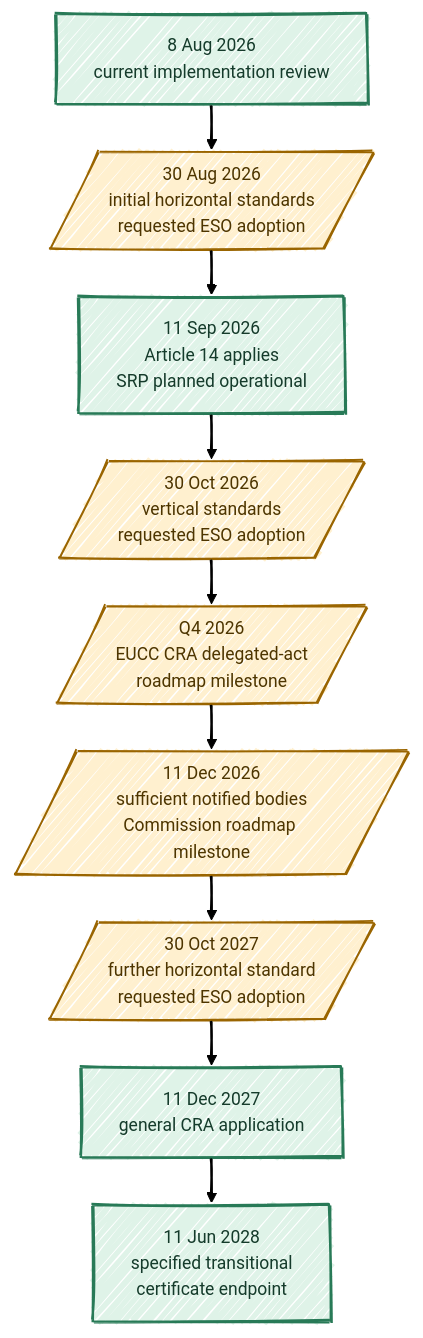
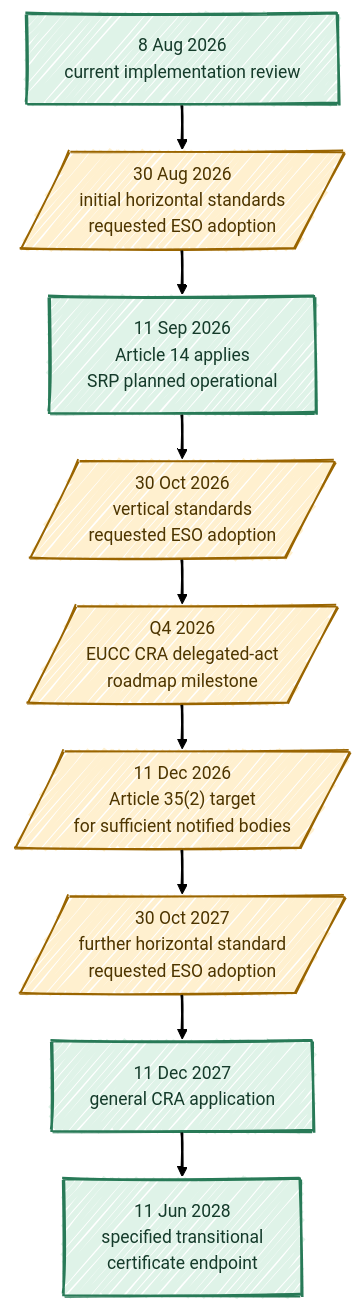
One commit to antomon/antomon.github.io changed diagram 17 of 18 in longforms/cyber-resilience-act-the-new-product-security-baseline/index.qmd. Above: the diagram before and after it, drawn with Mermaid. The commit also changed other lines of this file and 46 other files, not shown here.

````diff
--- a/longforms/cyber-resilience-act-the-new-product-security-baseline/index.qmd
+++ b/longforms/cyber-resilience-act-the-new-product-security-baseline/index.qmd
@@ -3380,30 +3380,30 @@
 ```{mermaid}
 %%| label: fig-cyber-resilience-act-the-new-product-security-baseline-implementation-horizon
 %%| fig-cap: "The CRA compliance horizon combines binding application dates with evolving standards, reporting infrastructure, certification, and conformity-assessment capacity."
-%%| fig-alt: "A left-to-right timeline begins with the review point on 8 August 2026. It then shows the requested initial horizontal standard deliverables on 30 August, Article 14 application and planned Single Reporting Platform operation on 11 September, requested vertical standards on 30 October, a Q4 2026 EUCC delegated-act milestone, a 11 December 2026 Commission milestone for sufficient conformity-assessment bodies, further horizontal standards on 30 October 2027, general CRA application on 11 December 2027, and the end of specified transitional certificate validity on 11 June 2028. Amber nodes represent implementation ecosystem milestones, while green nodes represent CRA application or statutory transition dates."
+%%| fig-alt: "A top-to-bottom timeline begins with the review point on 8 August 2026. It then shows the requested initial horizontal standard deliverables on 30 August, Article 14 application and planned Single Reporting Platform operation on 11 September, requested vertical standards on 30 October, a Q4 2026 EUCC delegated-act milestone, the Article 35(2) target of 11 December 2026 for sufficient notified bodies, further horizontal standards on 30 October 2027, general CRA application on 11 December 2027, and the end of specified transitional certificate validity on 11 June 2028. Amber nodes represent implementation-ecosystem milestones, while green nodes represent CRA application or statutory transition dates."
 %%| fig-align: center
 %%{init: {"theme": "neo", "look": "handDrawn", "layout": "elk"}}%%
 flowchart TD
     NOW[8 Aug 2026<br/>current implementation review]:::product
 
     H1[/30 Aug 2026<br/>initial horizontal standards<br/>requested ESO adoption/]:::overlay
     REPORT[11 Sep 2026<br/>Article 14 applies<br/>SRP planned operational]:::product
     V1[/30 Oct 2026<br/>vertical standards<br/>requested ESO adoption/]:::overlay
     EUCC[/Q4 2026<br/>EUCC CRA delegated-act<br/>roadmap milestone/]:::overlay
-    NB[/11 Dec 2026<br/>sufficient notified bodies<br/>Commission roadmap milestone/]:::overlay
+    NB[/"11 Dec 2026<br/>Article 35(2) target<br/>for sufficient notified bodies"/]:::overlay
     H2[/30 Oct 2027<br/>further horizontal standard<br/>requested ESO adoption/]:::overlay
     FULL[11 Dec 2027<br/>general CRA application]:::product
     TRANSITION[11 Jun 2028<br/>specified transitional<br/>certificate endpoint]:::product
 
     NOW --> H1
     H1 --> REPORT
     REPORT --> V1
     V1 --> EUCC
     EUCC --> NB
     NB --> H2
     H2 --> FULL
     FULL --> TRANSITION
 
     classDef product fill:#dff3e8,stroke:#287a57,stroke-width:2px,color:#153b2b;
     classDef overlay fill:#fff0cf,stroke:#9a6500,stroke-width:1.5px,color:#4d3500;
 ```
````
